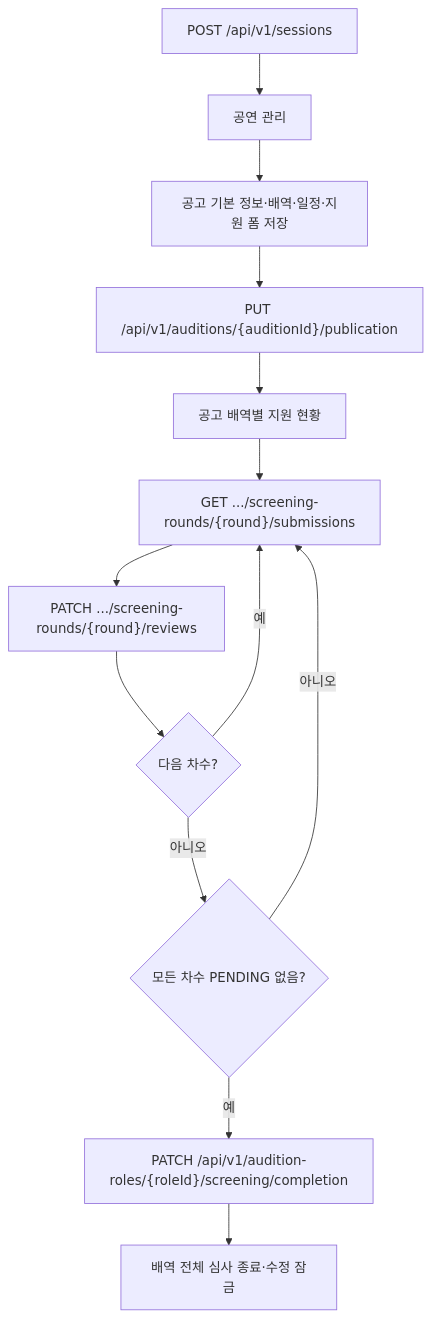
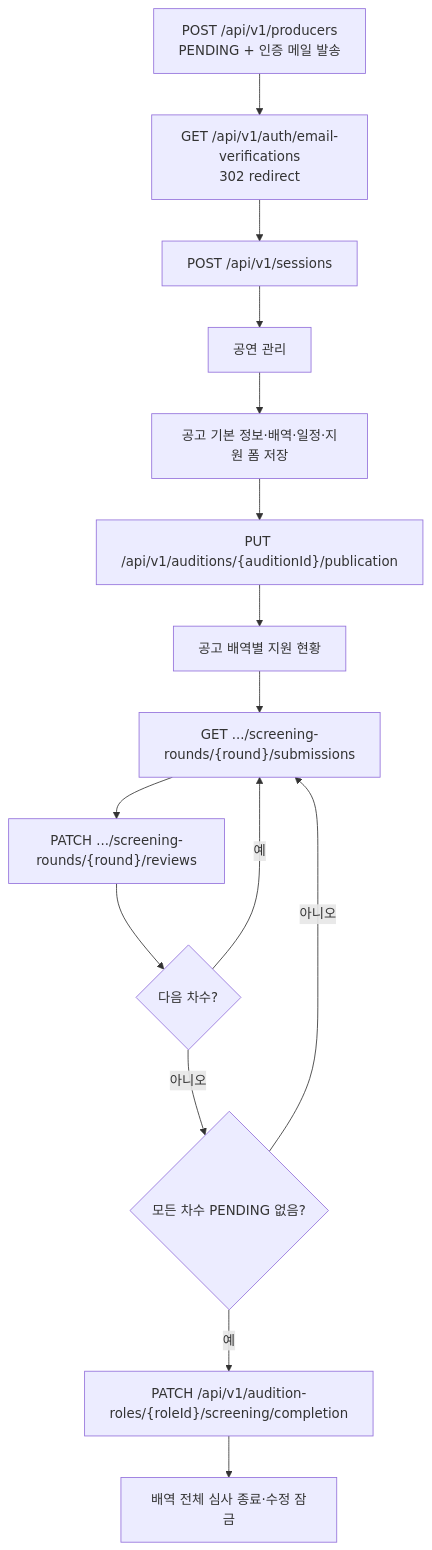
One commit to woowacourse-teams/2026-yesulin changed the diagram in frontend/docs/user-flows/producer.mmd. Above: the diagram before and after it, drawn with Mermaid. The commit also changed other lines of this file and 47 other files, not shown here.

```diff
--- a/frontend/docs/user-flows/producer.mmd
+++ b/frontend/docs/user-flows/producer.mmd
@@ -1,13 +1,15 @@
 flowchart TD
-    LOGIN["POST /api/v1/sessions"] --> PERFORMANCE["공연 관리"]
+    SIGNUP["POST /api/v1/producers<br>PENDING + 인증 메일 발송"] --> VERIFY["GET /api/v1/auth/email-verifications<br>302 redirect"]
+    VERIFY --> LOGIN["POST /api/v1/sessions"]
+    LOGIN --> PERFORMANCE["공연 관리"]
     PERFORMANCE --> AUDITION["공고 기본 정보·배역·일정·지원 폼 저장"]
     AUDITION --> PUBLISH["PUT /api/v1/auditions/{auditionId}/publication"]
     PUBLISH --> ROLE["공고 배역별 지원 현황"]
     ROLE --> BOARD["GET .../screening-rounds/{round}/submissions"]
     BOARD --> REVIEW["PATCH .../screening-rounds/{round}/reviews"]
     REVIEW --> NEXT{"다음 차수?"}
     NEXT -- 예 --> BOARD
     NEXT -- 아니오 --> READY{"모든 차수 PENDING 없음?"}
     READY -- 아니오 --> BOARD
     READY -- 예 --> COMPLETE["PATCH /api/v1/audition-roles/{roleId}/screening/completion"]
     COMPLETE --> LOCKED["배역 전체 심사 종료·수정 잠금"]
```
